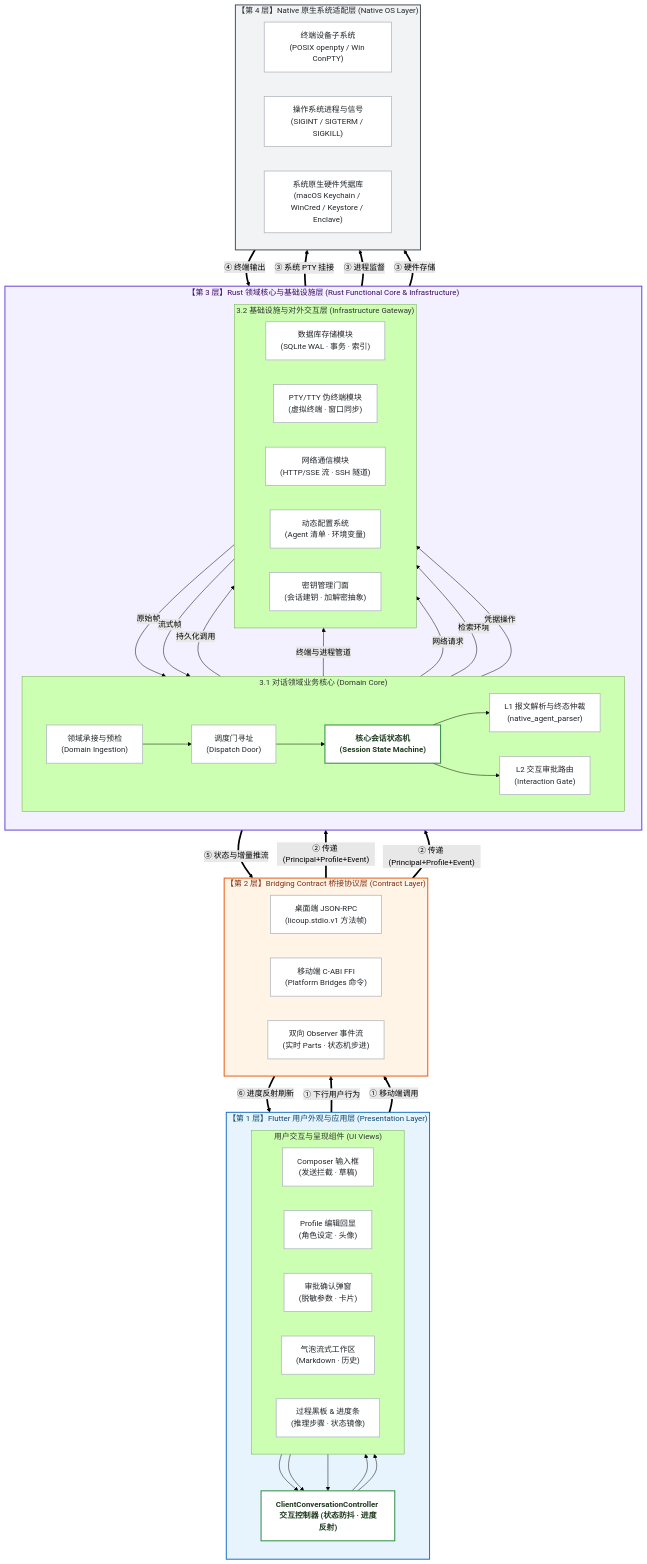
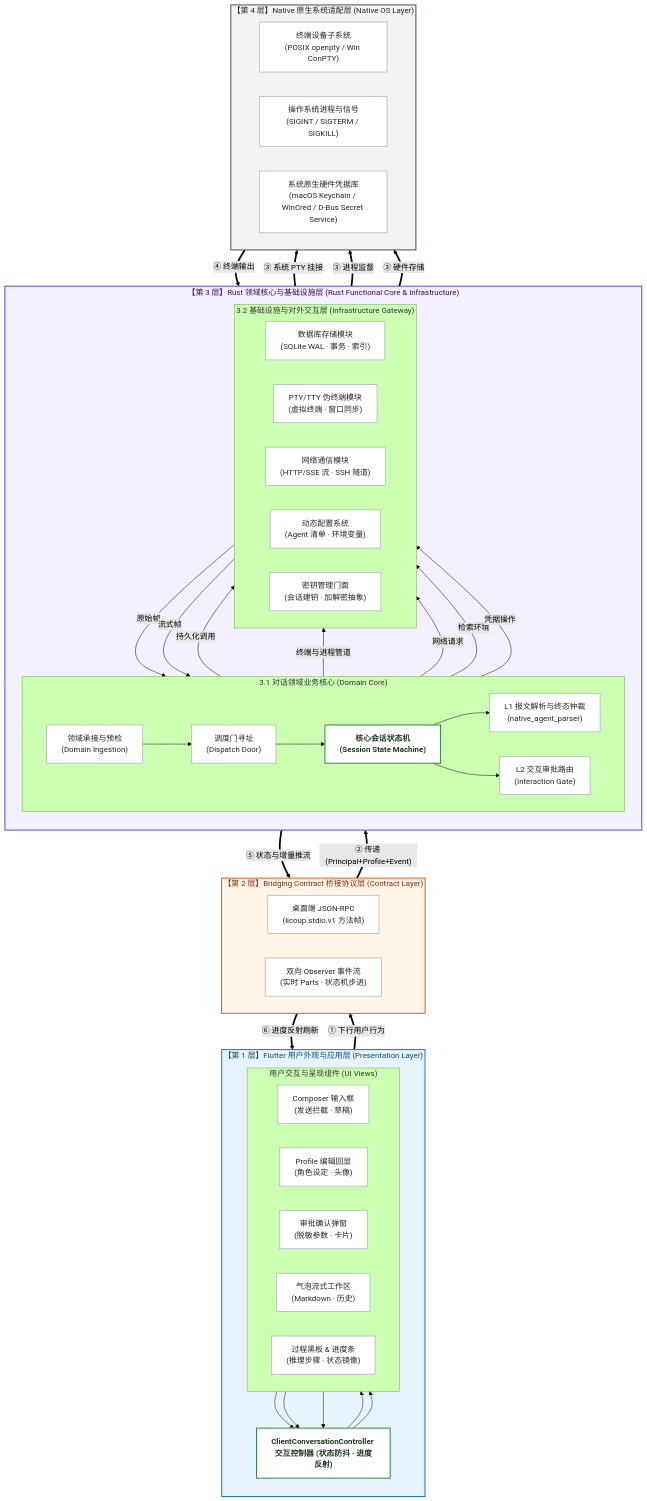
The first of 10 diagrams in docs/architecture/CONVERSATION-DOMAIN.zh-CN.md (LicoLand/LicoUp-CLI), drawn with Mermaid (forest theme) before and after one commit. The commit also changed other lines of this file and 2360 other files, not shown here.

```diff
--- a/docs/architecture/CONVERSATION-DOMAIN.zh-CN.md
+++ b/docs/architecture/CONVERSATION-DOMAIN.zh-CN.md
@@ -48,7 +48,6 @@
     subgraph TIER2["【第 2 层】Bridging Contract 桥接协议层 (Contract Layer)"]
         direction LR
         RPC_DESK["桌面端 JSON-RPC<br/>(licoup.stdio.v1 方法帧)"]:::box
-        RPC_MOBILE["移动端 C-ABI FFI<br/>(Platform Bridges 命令)"]:::box
         RPC_OBSERVER["双向 Observer 事件流<br/>(实时 Parts · 状态机步进)"]:::box
     end
 
@@ -87,14 +86,12 @@
         direction LR
         N_PTY["终端设备子系统<br/>(POSIX openpty / Win ConPTY)"]:::box
         N_PROC["操作系统进程与信号<br/>(SIGINT / SIGTERM / SIGKILL)"]:::box
-        N_SEC["系统原生硬件凭据库<br/>(macOS Keychain / WinCred / Keystore / Enclave)"]:::box
+        N_SEC["系统原生硬件凭据库<br/>(macOS Keychain / WinCred / D-Bus Secret Service)"]:::box
     end
 
     %% 层与层之间的连接
     UI_CTRL ==>|"① 下行用户行为"| RPC_DESK
-    UI_CTRL ==>|"① 移动端调用"| RPC_MOBILE
     RPC_DESK ==>|"② 传递 (Principal+Profile+Event)"| D_INGEST
-    RPC_MOBILE ==>|"② 传递 (Principal+Profile+Event)"| D_INGEST
 
     I_PTY ==>|"③ 系统 PTY 挂接"| N_PTY
     I_PTY ==>|"③ 进程监督"| N_PROC
```
